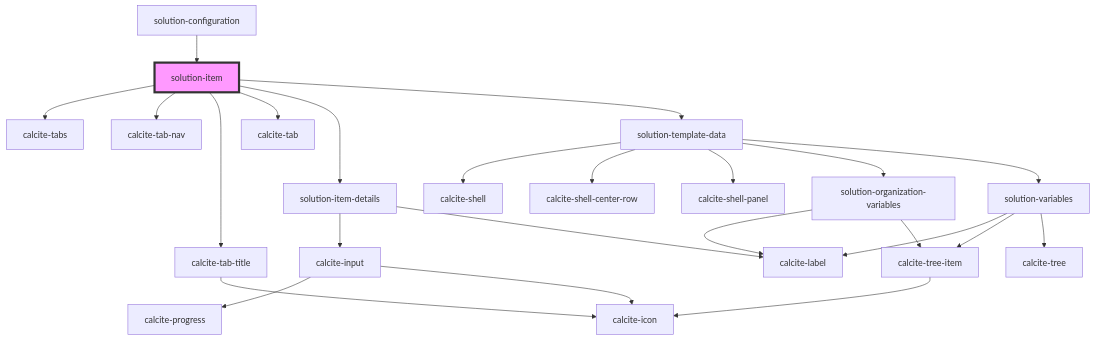
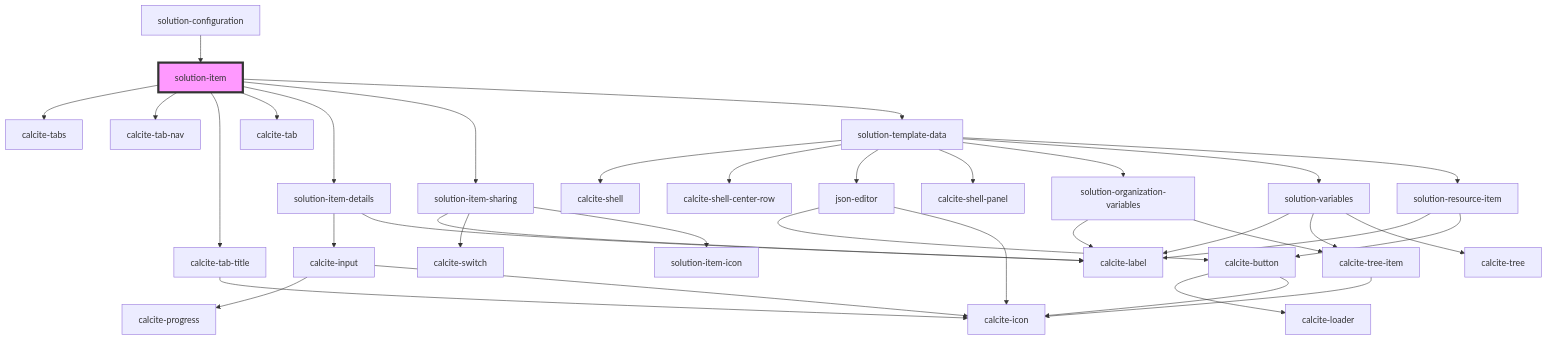
The diagram in src/components/solution-item/readme.md (Esri/solutions-components), drawn with Mermaid before and after one commit. The commit also changed other lines of this file and 35 other files, not shown here.

````diff
--- a/src/components/solution-item/readme.md
+++ b/src/components/solution-item/readme.md
@@ -32,27 +34,39 @@
 ```mermaid
 graph TD;
   solution-item --> calcite-tabs
   solution-item --> calcite-tab-nav
   solution-item --> calcite-tab-title
   solution-item --> calcite-tab
   solution-item --> solution-item-details
+  solution-item --> solution-item-sharing
   solution-item --> solution-template-data
   calcite-tab-title --> calcite-icon
   solution-item-details --> calcite-input
   solution-item-details --> calcite-label
   calcite-input --> calcite-progress
   calcite-input --> calcite-icon
+  solution-item-sharing --> calcite-label
+  solution-item-sharing --> calcite-switch
+  solution-item-sharing --> solution-item-icon
   solution-template-data --> calcite-shell
   solution-template-data --> calcite-shell-center-row
+  solution-template-data --> json-editor
   solution-template-data --> calcite-shell-panel
   solution-template-data --> solution-organization-variables
   solution-template-data --> solution-variables
+  solution-template-data --> solution-resource-item
+  json-editor --> calcite-button
+  json-editor --> calcite-icon
+  calcite-button --> calcite-loader
+  calcite-button --> calcite-icon
   solution-organization-variables --> calcite-label
   solution-organization-variables --> calcite-tree-item
   calcite-tree-item --> calcite-icon
   solution-variables --> calcite-label
   solution-variables --> calcite-tree-item
   solution-variables --> calcite-tree
+  solution-resource-item --> calcite-label
+  solution-resource-item --> calcite-button
   solution-configuration --> solution-item
   style solution-item fill:#f9f,stroke:#333,stroke-width:4px
 ```
````
